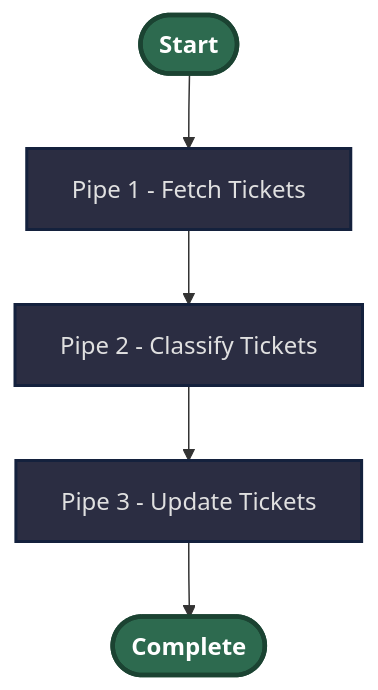
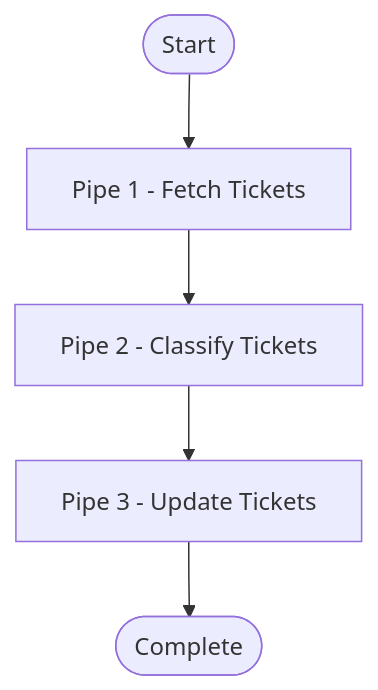
The first of 2 diagrams in docs/docs_src/en/concepts/pipeline.md (Softoft-Orga/open-ticket-ai), drawn with Mermaid before and after one commit. The commit also changed other lines of this file and 5 other files, not shown here.

Commit message:
fix: update font size in configuration and improve diagram rendering in documentation

````diff
--- a/docs/docs_src/en/concepts/pipeline.md
+++ b/docs/docs_src/en/concepts/pipeline.md
@@ -16,15 +16,12 @@
 ```mermaid
 flowchart TD
-    Start([Start]):::startNode
-    Pipe1[Pipe 1 - Fetch Tickets]:::pipeNode
-    Pipe2[Pipe 2 - Classify Tickets]:::pipeNode
-    Pipe3[Pipe 3 - Update Tickets]:::pipeNode
+    Start([Start])
+    Pipe1["Pipe 1 - Fetch Tickets"]
+    Pipe2["Pipe 2 - Classify Tickets"]
+    Pipe3["Pipe 3 - Update Tickets"]
     End([Complete]):::endNode
     Start --> Pipe1
     Pipe1 --> Pipe2
     Pipe2 --> Pipe3
     Pipe3 --> End
-    classDef startNode fill: #2d6a4f, stroke: #1b4332, stroke-width: 3px, color: #fff, font-weight: bold
-    classDef endNode fill: #2d6a4f, stroke: #1b4332, stroke-width: 3px, color: #fff, font-weight: bold
-    classDef pipeNode fill: #2b2d42, stroke: #14213d, stroke-width: 2px, color: #e0e0e0
 ```
````
